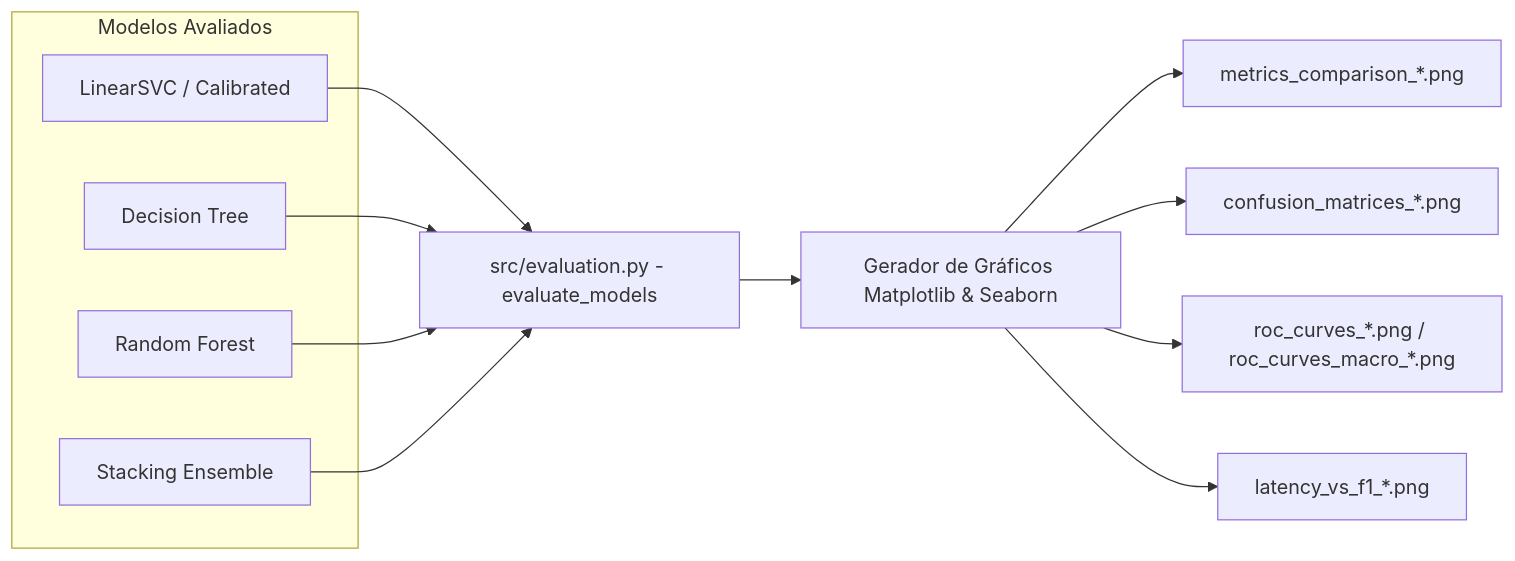
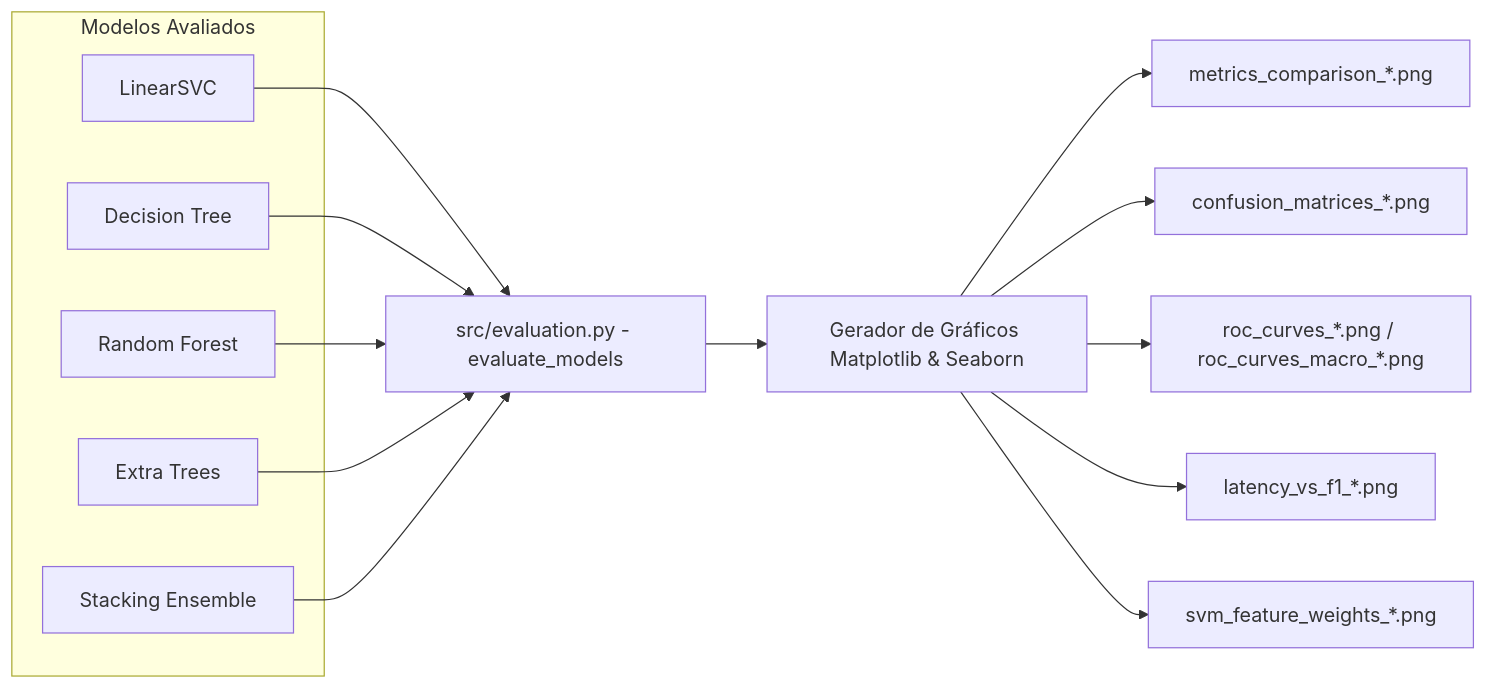
One commit to yyggrasil/AIDS changed the second of 3 diagrams in specs/architecture.md. Above: the diagram before and after it, drawn with Mermaid. The commit also changed other lines of this file and 2 other files, not shown here.

First line of the commit message:
docs(specs): update architecture, tech stack, and main README with Edge module and SVM specs

````diff
--- a/specs/architecture.md
+++ b/specs/architecture.md
@@ -150,21 +164,24 @@
 ```mermaid
 flowchart LR
     subgraph Modelos Avaliados
-        M1[LinearSVC / Calibrated]
+        M1[LinearSVC]
         M2[Decision Tree]
         M3[Random Forest]
-        M4[Stacking Ensemble]
+        M4[Extra Trees]
+        M5[Stacking Ensemble]
     end
 
     M1 --> Ev[src/evaluation.py - evaluate_models]
     M2 --> Ev
     M3 --> Ev
     M4 --> Ev
+    M5 --> Ev
 
     Ev --> Matplotlib[Gerador de Gráficos Matplotlib & Seaborn]
 
     Matplotlib --> G1[metrics_comparison_*.png]
     Matplotlib --> G2[confusion_matrices_*.png]
     Matplotlib --> G3[roc_curves_*.png / roc_curves_macro_*.png]
     Matplotlib --> G4[latency_vs_f1_*.png]
+    Matplotlib --> G5[svm_feature_weights_*.png]
 ```
````
